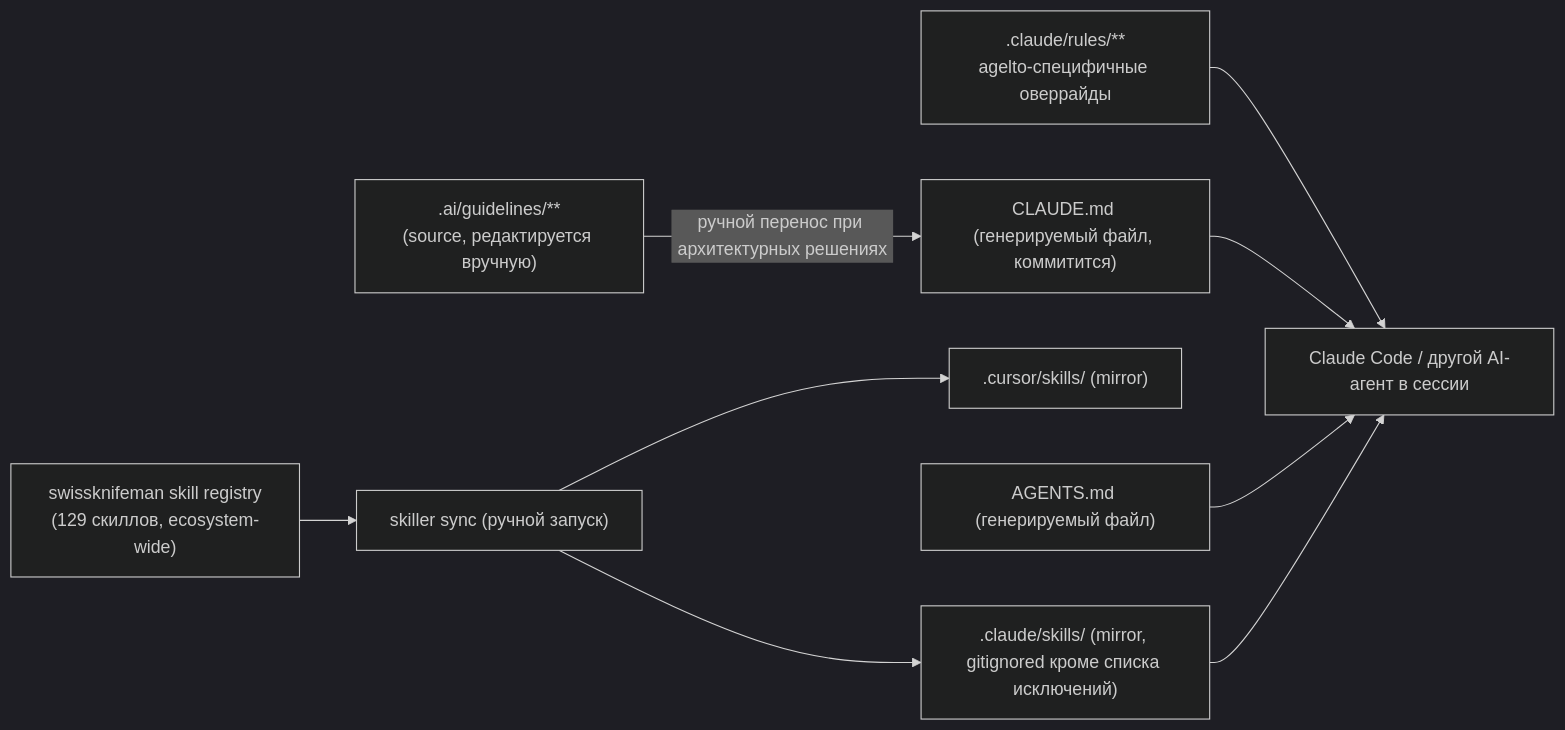
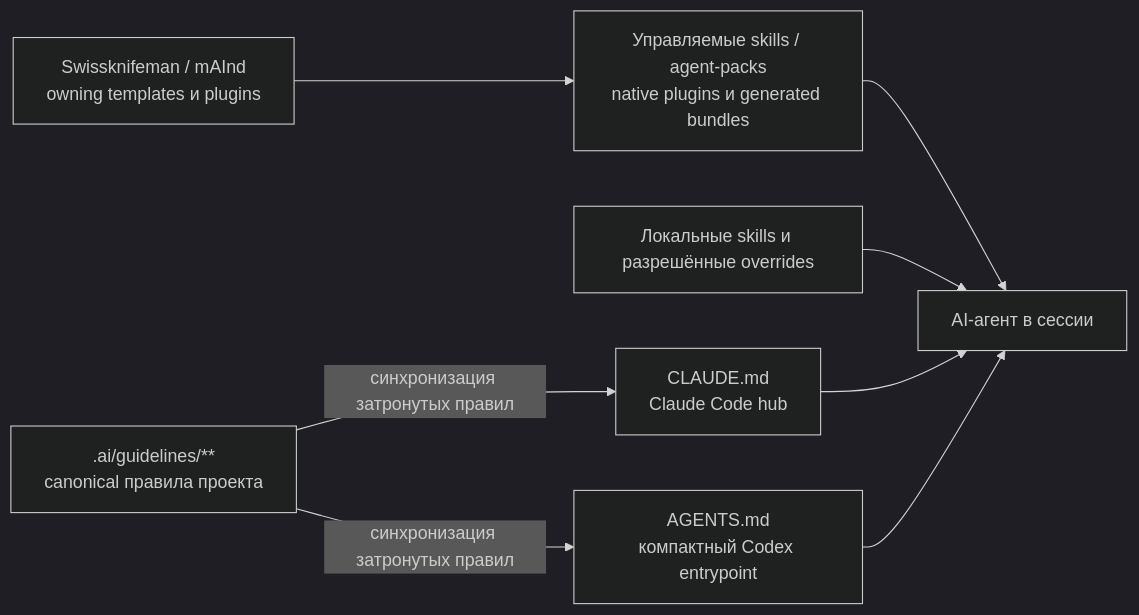
Before and after one commit to axiomasoft/agelto: the diagram in docs/dev/ai-context/index.md, drawn with Mermaid (dark theme). The commit also changed other lines of this file and 156 other files, not shown here.

````diff
--- a/docs/dev/ai-context/index.md
+++ b/docs/dev/ai-context/index.md
@@ -14,21 +14,18 @@
 ```mermaid
 flowchart LR
-    Guidelines[".ai/guidelines/**<br/>(source, редактируется вручную)"]
-    Skiller["swissknifeman skill registry<br/>(129 скиллов, ecosystem-wide)"]
-    ProjectSkills[".claude/rules/**<br/>agelto-специфичные оверрайды"]
-    Sync["skiller sync (ручной запуск)"]
-    ClaudeSkills[".claude/skills/ (mirror, gitignored кроме списка исключений)"]
-    CursorSkills[".cursor/skills/ (mirror)"]
-    ClaudeMd["CLAUDE.md (генерируемый файл, коммитится)"]
-    AgentsMd["AGENTS.md (генерируемый файл)"]
-    Agent["Claude Code / другой AI-агент в сессии"]
+    Guidelines[".ai/guidelines/**<br/>canonical правила проекта"]
+    Local["Локальные skills и разрешённые overrides"]
+    Managed["Swissknifeman / mAInd<br/>owning templates и plugins"]
+    Delivery["Управляемые skills / agent-packs<br/>native plugins и generated bundles"]
+    ClaudeMd["CLAUDE.md<br/>Claude Code hub"]
+    AgentsMd["AGENTS.md<br/>компактный Codex entrypoint"]
+    Agent["AI-агент в сессии"]
 
-    Guidelines -->|"ручной перенос при архитектурных решениях"| ClaudeMd
-    Skiller --> Sync
-    Sync --> ClaudeSkills
-    Sync --> CursorSkills
-    ProjectSkills --> Agent
+    Guidelines -->|"синхронизация затронутых правил"| ClaudeMd
+    Guidelines -->|"синхронизация затронутых правил"| AgentsMd
+    Managed --> Delivery
+    Delivery --> Agent
+    Local --> Agent
     ClaudeMd --> Agent
     AgentsMd --> Agent
-    ClaudeSkills --> Agent
 ```
````
